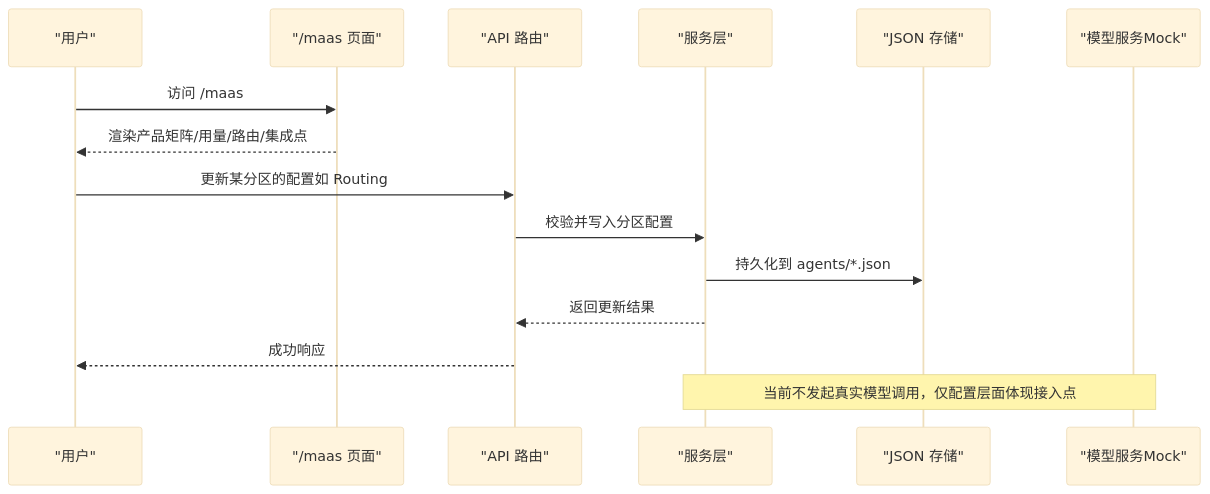
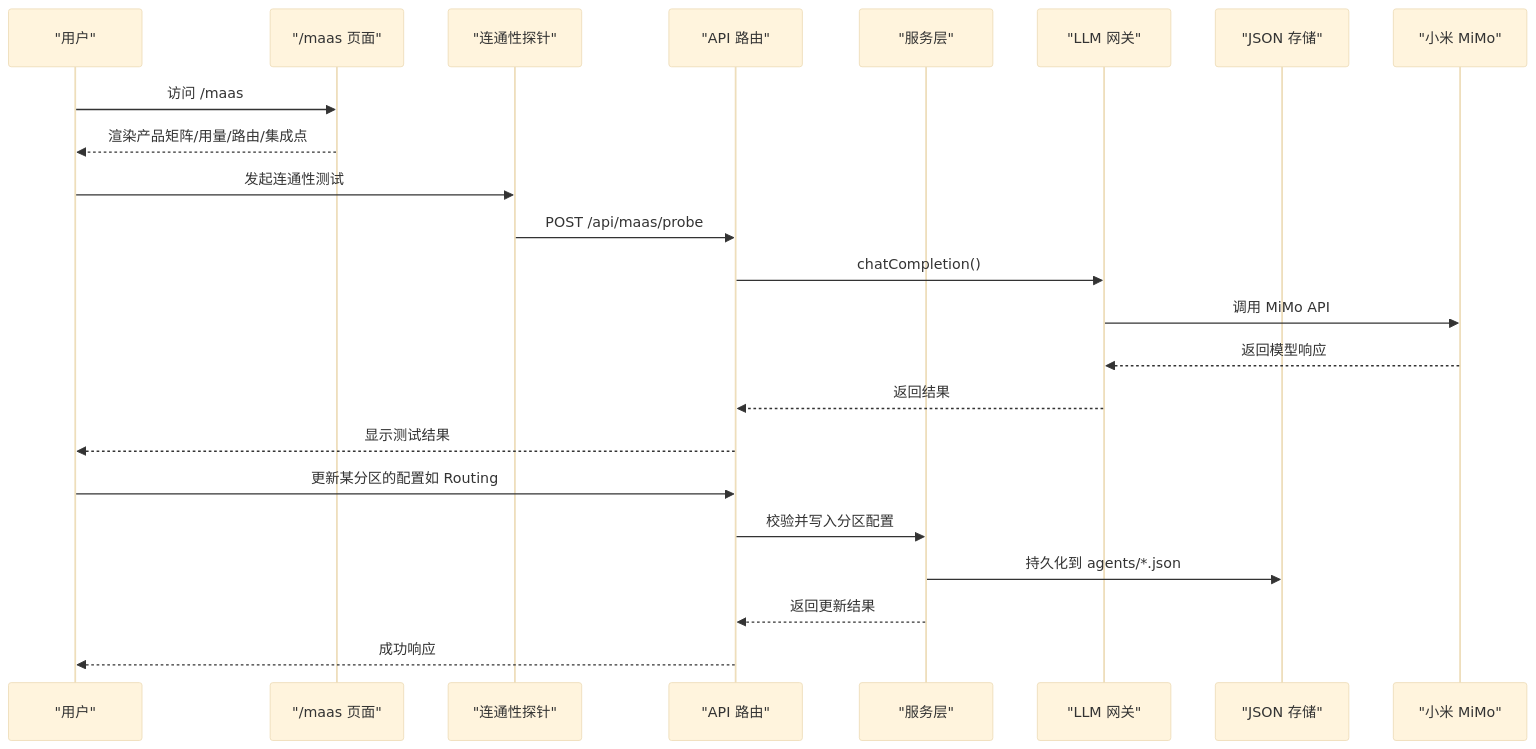
The second of 6 diagrams in .qoder/repowiki/zh/content/功能模块/MaaS 模型服务集成.md (ai-guru-global/agent-up), drawn with Mermaid (base theme) before and after one commit. The commit also changed other lines of this file and 32 other files, not shown here.

````diff
--- a/.qoder/repowiki/zh/content/功能模块/MaaS 模型服务集成.md
+++ b/.qoder/repowiki/zh/content/功能模块/MaaS 模型服务集成.md
@@ -86,17 +114,25 @@
 ```mermaid
 sequenceDiagram
 participant U as "用户"
 participant P as "/maas 页面"
+participant CP as "连通性探针"
 participant A as "API 路由"
 participant S as "服务层"
+participant L as "LLM 网关"
 participant D as "JSON 存储"
-participant M as "模型服务Mock"
+participant M as "小米 MiMo"
 U->>P : 访问 /maas
 P-->>U : 渲染产品矩阵/用量/路由/集成点
+U->>CP : 发起连通性测试
+CP->>A : POST /api/maas/probe
+A->>L : chatCompletion()
+L->>M : 调用 MiMo API
+M-->>L : 返回模型响应
+L-->>A : 返回结果
+A-->>U : 显示测试结果
 U->>A : 更新某分区的配置如 Routing
 A->>S : 校验并写入分区配置
 S->>D : 持久化到 agents/*.json
 S-->>A : 返回更新结果
 A-->>U : 成功响应
-Note over S,M : 当前不发起真实模型调用，仅配置层面体现接入点
 ```
````
